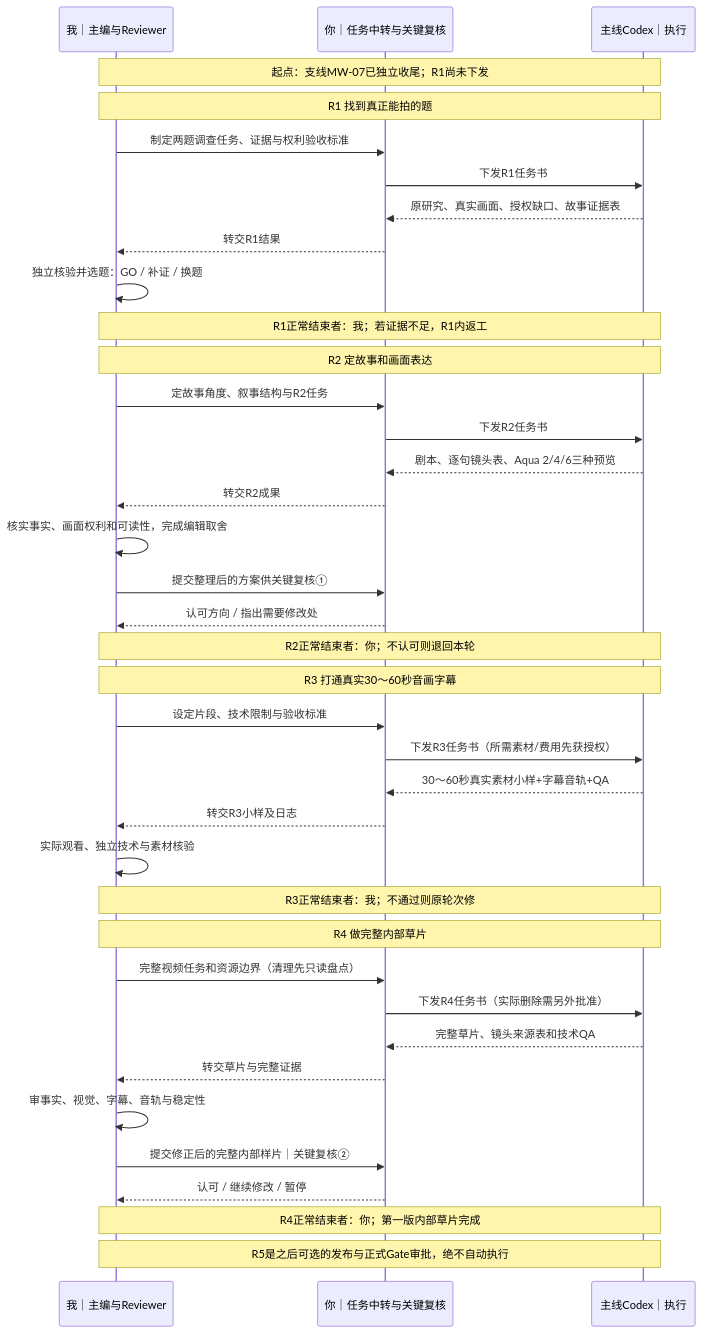
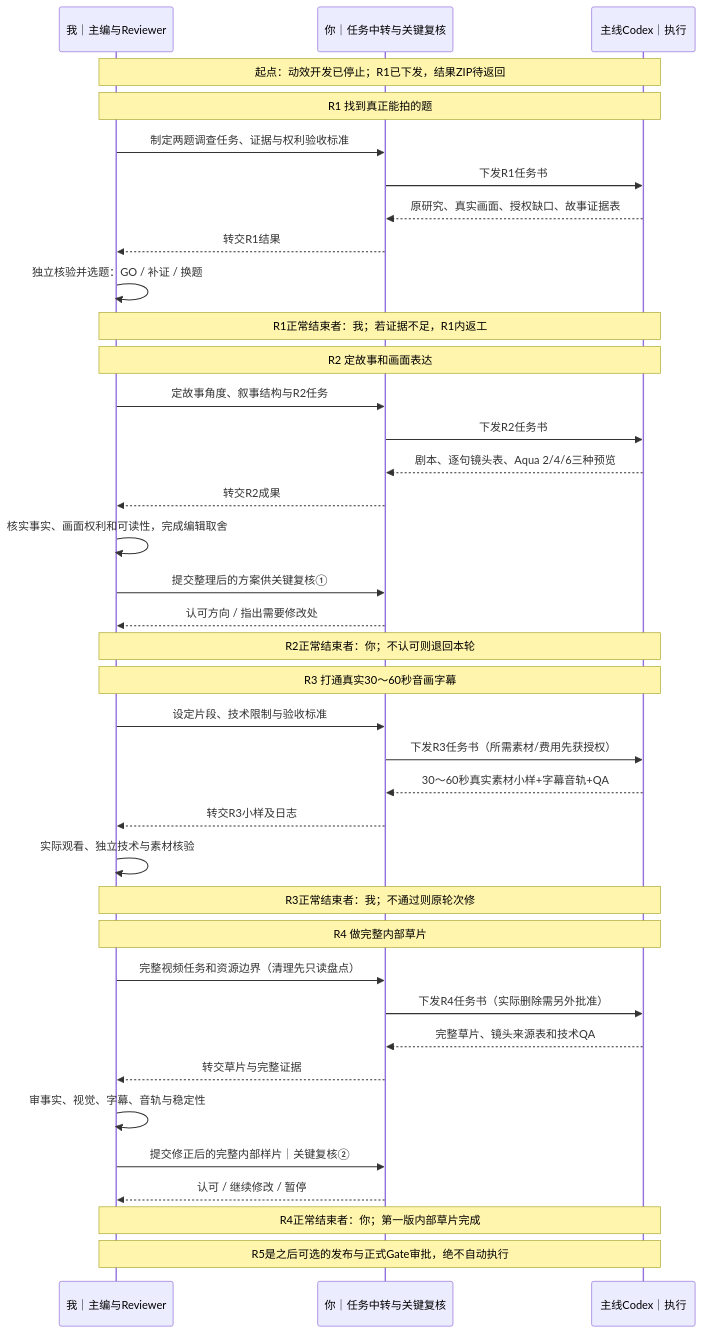
Before and after one commit to entropy-student/project: the diagram in curious-world-studio/docs/P4_MAINLINE_COLLAB_SWIMLANE_4_ROUNDS_2026-10-11.md, drawn with Mermaid. The commit also changed other lines of this file, not shown here.

````diff
--- a/curious-world-studio/docs/P4_MAINLINE_COLLAB_SWIMLANE_4_ROUNDS_2026-10-11.md
+++ b/curious-world-studio/docs/P4_MAINLINE_COLLAB_SWIMLANE_4_ROUNDS_2026-10-11.md
@@ -11,46 +11,46 @@
 ```mermaid
 sequenceDiagram
     participant A as 我｜主编与Reviewer
     participant O as 你｜任务中转与关键复核
     participant C as 主线Codex｜执行
 
-    Note over A,C: 起点：支线MW-07已独立收尾；R1尚未下发
+    Note over A,C: 起点：动效开发已停止；R1已下发，结果ZIP待返回
 
     Note over A,C: R1 找到真正能拍的题
     A->>O: 制定两题调查任务、证据与权利验收标准
     O->>C: 下发R1任务书
     C-->>O: 原研究、真实画面、授权缺口、故事证据表
     O-->>A: 转交R1结果
     A->>A: 独立核验并选题：GO / 补证 / 换题
     Note over A,C: R1正常结束者：我；若证据不足，R1内返工
 
     Note over A,C: R2 定故事和画面表达
     A->>O: 定故事角度、叙事结构与R2任务
     O->>C: 下发R2任务书
     C-->>O: 剧本、逐句镜头表、Aqua 2/4/6三种预览
     O-->>A: 转交R2成果
     A->>A: 核实事实、画面权利和可读性，完成编辑取舍
     A->>O: 提交整理后的方案供关键复核①
     O-->>A: 认可方向 / 指出需要修改处
     Note over A,C: R2正常结束者：你；不认可则退回本轮
 
     Note over A,C: R3 打通真实30～60秒音画字幕
     A->>O: 设定片段、技术限制与验收标准
     O->>C: 下发R3任务书（所需素材/费用先获授权）
     C-->>O: 30～60秒真实素材小样+字幕音轨+QA
     O-->>A: 转交R3小样及日志
     A->>A: 实际观看、独立技术与素材核验
     Note over A,C: R3正常结束者：我；不通过则原轮次修
 
     Note over A,C: R4 做完整内部草片
     A->>O: 完整视频任务和资源边界（清理先只读盘点）
     O->>C: 下发R4任务书（实际删除需另外批准）
     C-->>O: 完整草片、镜头来源表和技术QA
     O-->>A: 转交草片与完整证据
     A->>A: 审事实、视觉、字幕、音轨与稳定性
     A->>O: 提交修正后的完整内部样片｜关键复核②
     O-->>A: 认可 / 继续修改 / 暂停
     Note over A,C: R4正常结束者：你；第一版内部草片完成
 
     Note over A,C: R5是之后可选的发布与正式Gate审批，绝不自动执行
 ```
````
